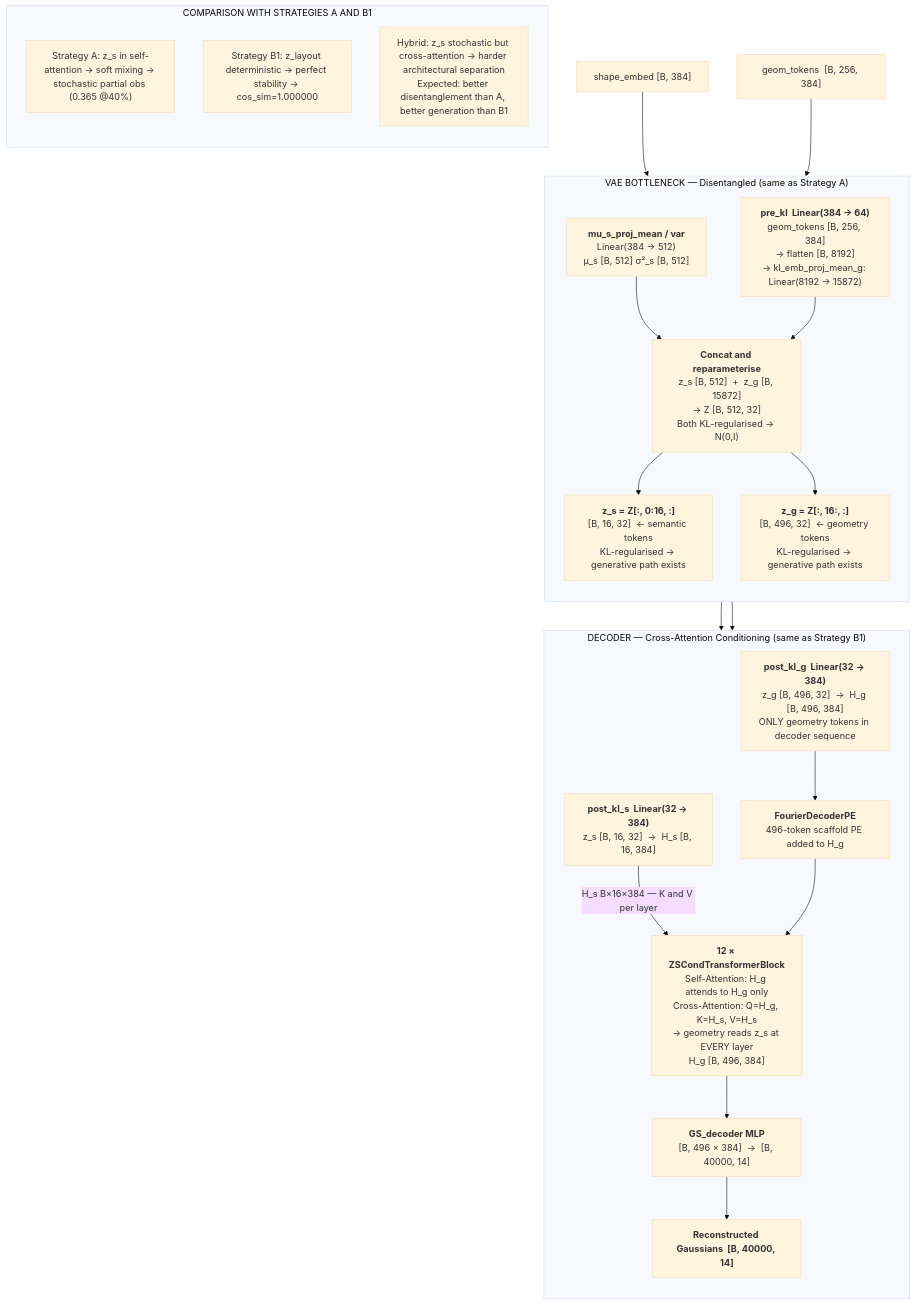
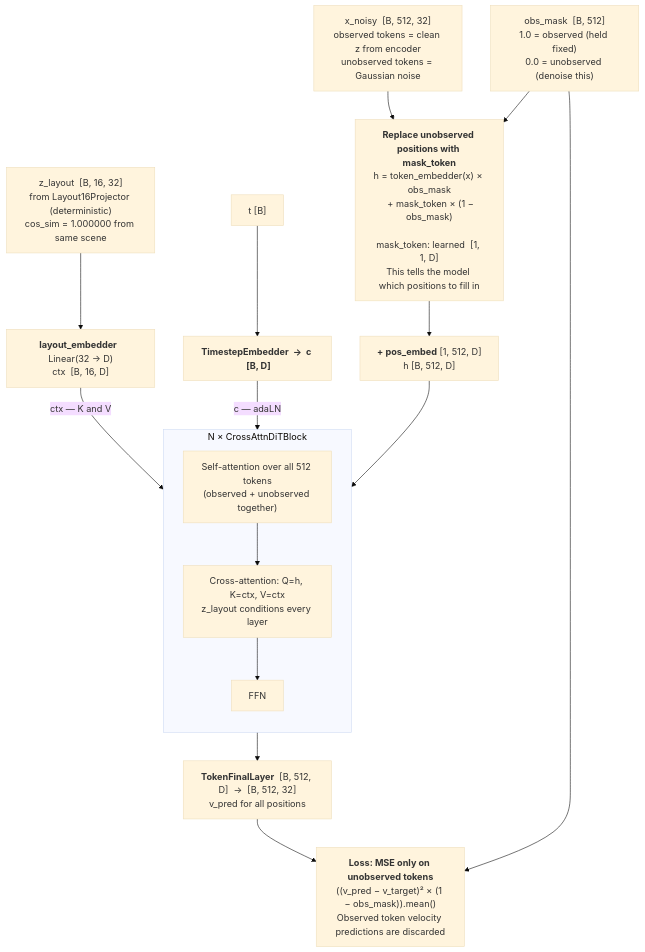
One commit to Hafeezmhk7/Semantic-Scene-Completion changed the sixth of 9 diagrams in stage2/README_STAGE2.MD. Above: the diagram before and after it, drawn with Mermaid (base theme). The commit also changed other lines of this file, not shown here.

````diff
--- a/stage2/README_STAGE2.MD
+++ b/stage2/README_STAGE2.MD
@@ -359,43 +411,33 @@
 ```mermaid
 flowchart TD
-    SE["shape_embed  [B, 384]"]
-    GT["geom_tokens  [B, 256, 384]"]
+    X["x_noisy  [B, 512, 32]<br/>observed tokens = clean z from encoder<br/>unobserved tokens = Gaussian noise"]
+    ZL["z_layout  [B, 16, 32]<br/>from Layout16Projector (deterministic)<br/>cos_sim = 1.000000 from same scene"]
+    OBS["obs_mask  [B, 512]<br/>1.0 = observed (held fixed)<br/>0.0 = unobserved (denoise this)"]
+    T["t  [B]"]
 
-    subgraph BOT_H["VAE BOTTLENECK — Disentangled (same as Strategy A)"]
+    MASK["<b>Replace unobserved positions with mask_token</b><br/>h = token_embedder(x) × obs_mask<br/>  + mask_token × (1 − obs_mask)<br/><br/>mask_token: learned  [1, 1, D]<br/>This tells the model which positions to fill in"]
+
+    PE["<b>+ pos_embed</b>  [1, 512, D]<br/>h  [B, 512, D]"]
+
+    EMB_L["<b>layout_embedder</b>  Linear(32 → D)<br/>ctx  [B, 16, D]"]
+    TEMB["<b>TimestepEmbedder  →  c  [B, D]</b>"]
+
+    subgraph BLOCKS["N × CrossAttnDiTBlock"]
         direction TB
-        MUS_H["<b>mu_s_proj_mean / var</b><br/>Linear(384 → 512)<br/>μ_s [B, 512]  σ²_s [B, 512]"]
-        PREKL_H["<b>pre_kl  Linear(384 → 64)</b><br/>geom_tokens [B, 256, 384]<br/>→ flatten [B, 8192]<br/>→ kl_emb_proj_mean_g: Linear(8192 → 15872)"]
-        CAT_H["<b>Concat and reparameterise</b><br/>z_s [B, 512]  +  z_g [B, 15872]<br/>→ Z [B, 512, 32]<br/>Both KL-regularised → N(0,I)"]
-        ZS_H["<b>z_s = Z[:, 0:16, :]</b><br/>[B, 16, 32]  ← semantic tokens<br/>KL-regularised → generative path exists"]
-        ZG_H["<b>z_g = Z[:, 16:, :]</b><br/>[B, 496, 32]  ← geometry tokens<br/>KL-regularised → generative path exists"]
+        SA2["Self-attention over all 512 tokens<br/>(observed + unobserved together)"]
+        CA2["Cross-attention: Q=h, K=ctx, V=ctx<br/>z_layout conditions every layer"]
+        FFN2["FFN"]
+        SA2 --> CA2 --> FFN2
     end
 
-    subgraph DEC_H["DECODER — Cross-Attention Conditioning (same as Strategy B1)"]
-        direction TB
-        POSTKL_GEO_H["<b>post_kl_g  Linear(32 → 384)</b><br/>z_g [B, 496, 32]  →  H_g [B, 496, 384]<br/>ONLY geometry tokens in decoder sequence"]
-        POSTKL_S_H["<b>post_kl_s  Linear(32 → 384)</b><br/>z_s [B, 16, 32]  →  H_s [B, 16, 384]"]
-        FOURPE_H["<b>FourierDecoderPE</b><br/>496-token scaffold PE added to H_g"]
-        LAYER_H["<b>12 × ZSCondTransformerBlock</b><br/>Self-Attention: H_g attends to H_g only<br/>Cross-Attention: Q=H_g, K=H_s, V=H_s<br/>→ geometry reads z_s at EVERY layer<br/>H_g [B, 496, 384]"]
-        GSD_H["<b>GS_decoder MLP</b><br/>[B, 496 × 384]  →  [B, 40000, 14]"]
-        OUT_H["<b>Reconstructed Gaussians  [B, 40000, 14]</b>"]
-    end
+    FINAL2["<b>TokenFinalLayer</b>  [B, 512, D]  →  [B, 512, 32]<br/>v_pred for all positions"]
 
-    subgraph COMP_H["COMPARISON WITH STRATEGIES A AND B1"]
-        direction TB
-        R1["Strategy A: z_s in self-attention → soft mixing → stochastic partial obs (0.365 @40%)"]
-        R2["Strategy B1: z_layout deterministic → perfect stability → cos_sim=1.000000"]
-        R3["Hybrid: z_s stochastic but cross-attention → harder architectural separation<br/>Expected: better disentanglement than A, better generation than B1"]
-    end
+    LOSS["<b>Loss: MSE only on unobserved tokens</b><br/>((v_pred − v_target)² × (1 − obs_mask)).mean()<br/>Observed token velocity predictions are discarded"]
 
-    SE --> MUS_H
-    GT --> PREKL_H
-    MUS_H --> CAT_H
-    PREKL_H --> CAT_H
-    CAT_H --> ZS_H & ZG_H
-    ZS_H --> POSTKL_S_H
-    ZG_H --> POSTKL_GEO_H
-    POSTKL_GEO_H --> FOURPE_H
-    POSTKL_S_H -->|"H_s B×16×384 — K and V per layer"| LAYER_H
-    FOURPE_H --> LAYER_H
-    LAYER_H --> GSD_H --> OUT_H
+    X --> MASK --> PE --> BLOCKS
+    ZL --> EMB_L -->|"ctx — K and V"| BLOCKS
+    T  --> TEMB  -->|"c — adaLN"| BLOCKS
+    OBS --> MASK
+    OBS --> LOSS
+    BLOCKS --> FINAL2 --> LOSS
 ```
````
